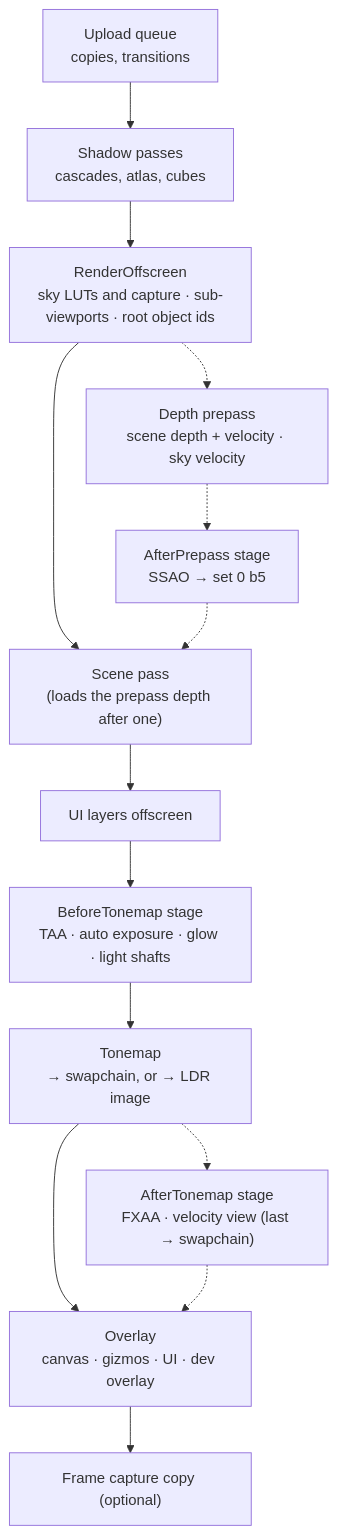
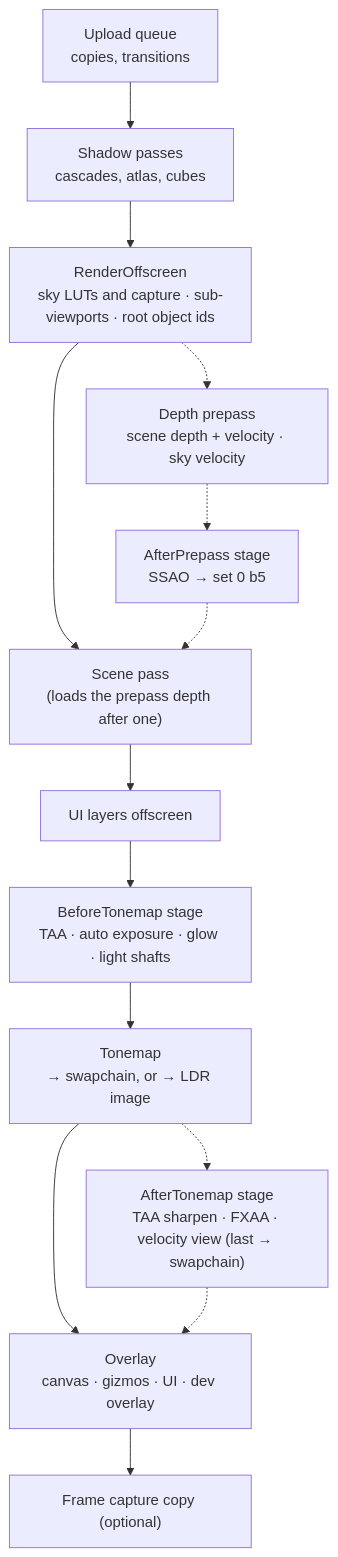
The second of 2 diagrams in docs/design/vulkan-renderer.md (Mainframe-Games/mainframe-engine), drawn with Mermaid before and after one commit. The commit also changed other lines of this file and 63 other files, not shown here.

````diff
--- a/docs/design/vulkan-renderer.md
+++ b/docs/design/vulkan-renderer.md
@@ -117,16 +117,16 @@
 ```mermaid
 flowchart TD
     U["Upload queue<br/>copies, transitions"] --> SH["Shadow passes<br/>cascades, atlas, cubes"]
     SH --> OF["RenderOffscreen<br/>sky LUTs and capture · sub-viewports · root object ids"]
     OF -.-> PP["Depth prepass<br/>scene depth + velocity · sky velocity"]
     PP -.-> AP["AfterPrepass stage<br/>SSAO → set 0 b5"]
     OF --> SC["Scene pass<br/>(loads the prepass depth after one)"]
     AP -.-> SC
     SC --> UI["UI layers offscreen"]
     UI --> BT["BeforeTonemap stage<br/>TAA · auto exposure · glow · light shafts"]
     BT --> TM["Tonemap<br/>→ swapchain, or → LDR image"]
-    TM -.-> AT["AfterTonemap stage<br/>FXAA · velocity view (last → swapchain)"]
+    TM -.-> AT["AfterTonemap stage<br/>TAA sharpen · FXAA · velocity view (last → swapchain)"]
     TM --> OV["Overlay<br/>canvas · gizmos · UI · dev overlay"]
     AT -.-> OV
     OV --> CP["Frame capture copy (optional)"]
 ```
````
